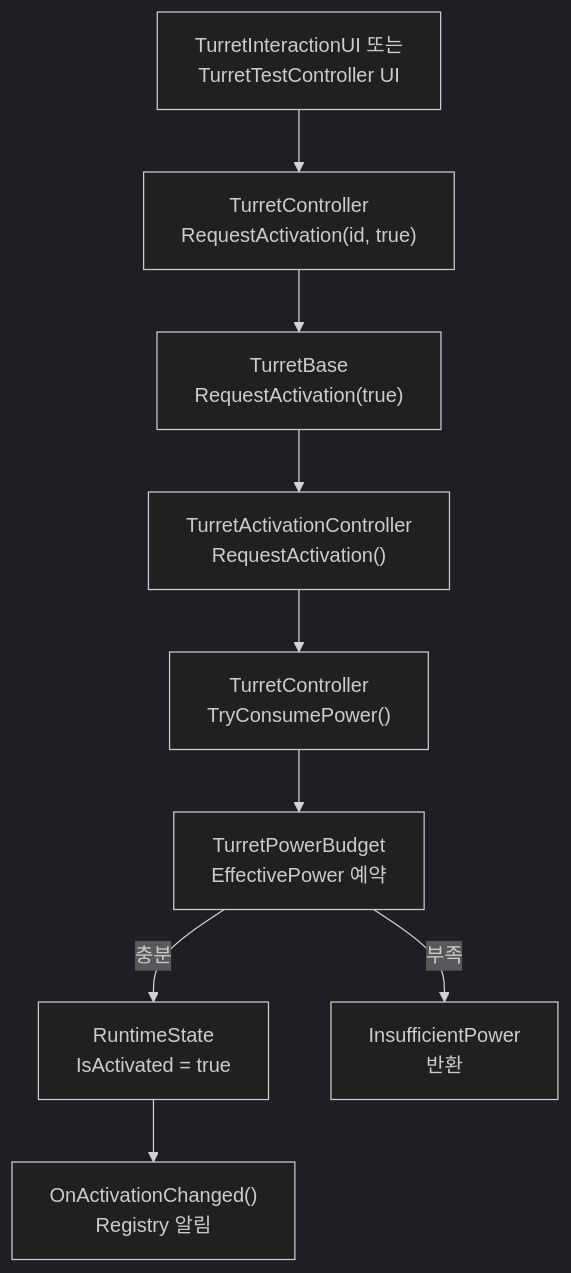
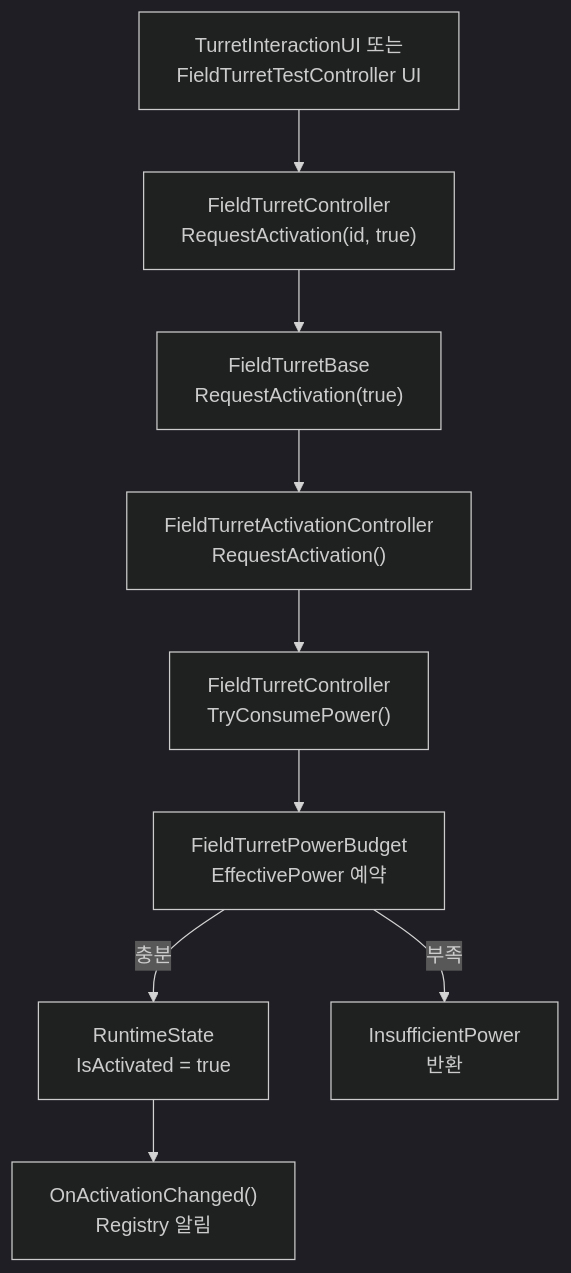
The fifth of 17 diagrams in Docs/architecture/turret-system-guide.md (Team-HJD-21/unity-6-the-developer), drawn with Mermaid (dark theme) before and after one commit. The commit also changed other lines of this file and 12 other files, not shown here.

Commit message:
docs(field-turret): update names and migration guide

````diff
--- a/Docs/architecture/turret-system-guide.md
+++ b/Docs/architecture/turret-system-guide.md
@@ -322,11 +324,11 @@
 ```mermaid
 flowchart TD
-    Request["TurretInteractionUI 또는<br>TurretTestController UI"] --> TurretController["TurretController<br>RequestActivation(id, true)"]
-    TurretController --> Base["TurretBase<br>RequestActivation(true)"]
-    Base --> Controller["TurretActivationController<br>RequestActivation()"]
-    Controller --> Source["TurretController<br>TryConsumePower()"]
-    Source --> Consume["TurretPowerBudget<br>EffectivePower 예약"]
+    Request["TurretInteractionUI 또는<br>FieldTurretTestController UI"] --> FieldTurretController["FieldTurretController<br>RequestActivation(id, true)"]
+    FieldTurretController --> Base["FieldTurretBase<br>RequestActivation(true)"]
+    Base --> Controller["FieldTurretActivationController<br>RequestActivation()"]
+    Controller --> Source["FieldTurretController<br>TryConsumePower()"]
+    Source --> Consume["FieldTurretPowerBudget<br>EffectivePower 예약"]
     Consume -->|충분| On["RuntimeState<br>IsActivated = true"]
     Consume -->|부족| Reject["InsufficientPower<br>반환"]
     On --> Notify["OnActivationChanged()<br>Registry 알림"]
 ```
````
